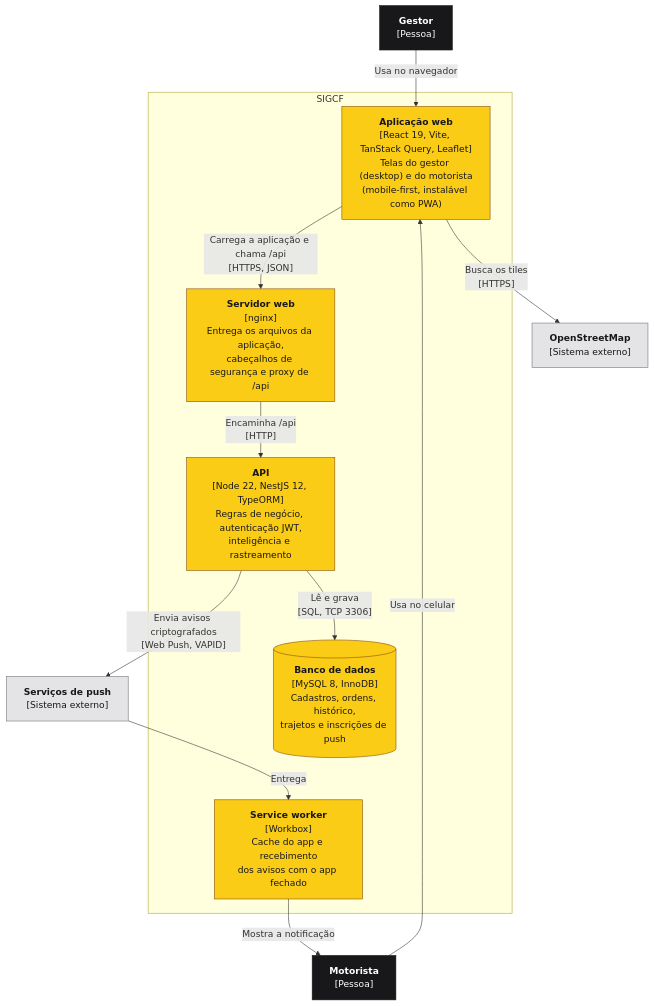
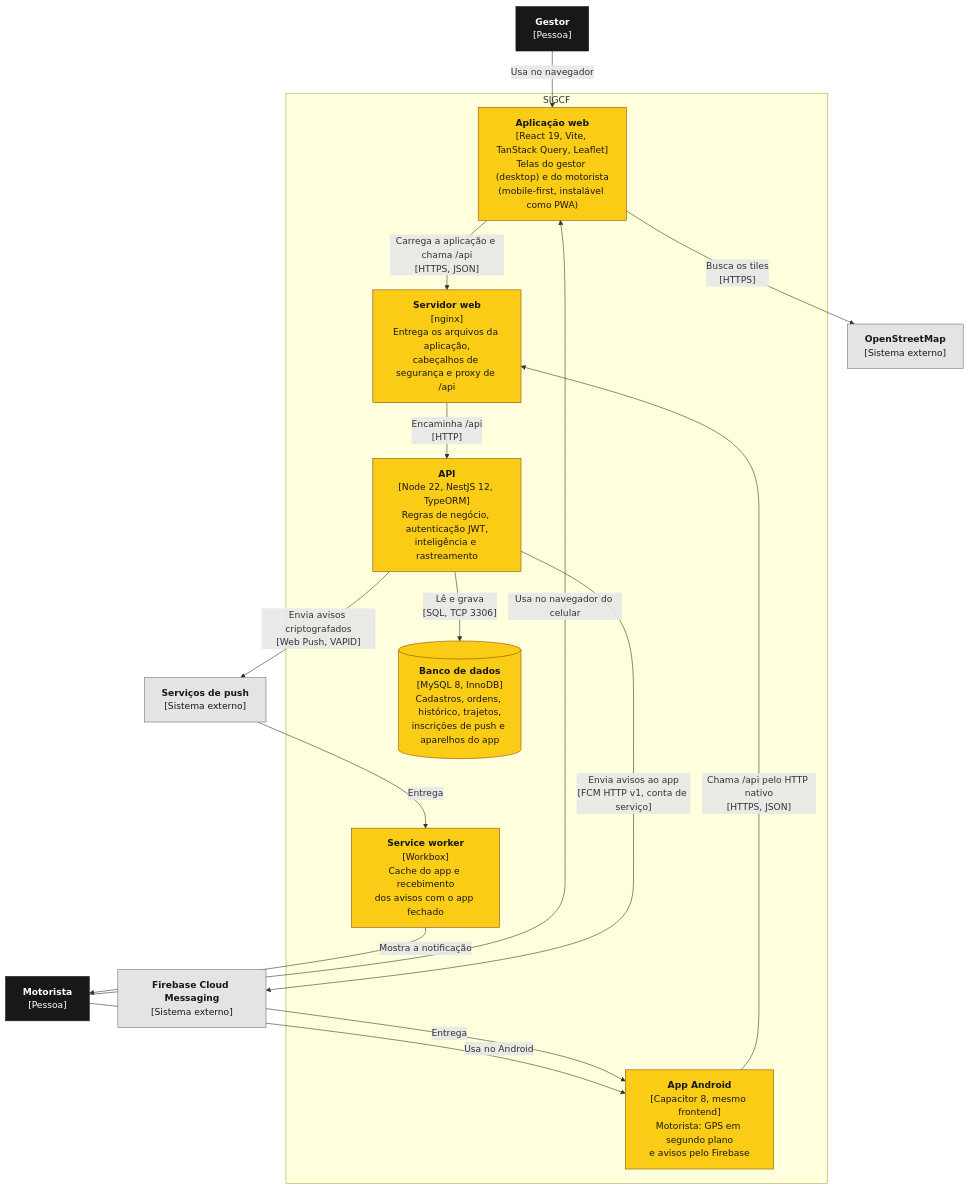
Before and after one commit to guifreiberger/sigcf: the second of 4 diagrams in docs/arquitetura.md, drawn with Mermaid. The commit also changed other lines of this file and 8 other files, not shown here.

Commit message:
docs: documenta o app Android, os avisos pelo Firebase e a geração do APK

````diff
--- a/docs/arquitetura.md
+++ b/docs/arquitetura.md
@@ -38,30 +38,36 @@
 ```mermaid
 flowchart TB
     classDef pessoa fill:#18181b,stroke:#18181b,color:#ffffff
     classDef container fill:#facc15,stroke:#854d0e,color:#18181b
     classDef externo fill:#e4e4e7,stroke:#71717a,color:#18181b
 
     gestor["<b>Gestor</b><br/>[Pessoa]"]:::pessoa
     motorista["<b>Motorista</b><br/>[Pessoa]"]:::pessoa
 
     subgraph sigcf["SIGCF"]
         spa["<b>Aplicação web</b><br/>[React 19, Vite, TanStack Query, Leaflet]<br/>Telas do gestor (desktop) e do motorista<br/>(mobile-first, instalável como PWA)"]:::container
         sw["<b>Service worker</b><br/>[Workbox]<br/>Cache do app e recebimento<br/>dos avisos com o app fechado"]:::container
         nginx["<b>Servidor web</b><br/>[nginx]<br/>Entrega os arquivos da aplicação,<br/>cabeçalhos de segurança e proxy de /api"]:::container
         api["<b>API</b><br/>[Node 22, NestJS 12, TypeORM]<br/>Regras de negócio, autenticação JWT,<br/>inteligência e rastreamento"]:::container
-        db[("<b>Banco de dados</b><br/>[MySQL 8, InnoDB]<br/>Cadastros, ordens, histórico,<br/>trajetos e inscrições de push")]:::container
+        db[("<b>Banco de dados</b><br/>[MySQL 8, InnoDB]<br/>Cadastros, ordens, histórico, trajetos,<br/>inscrições de push e aparelhos do app")]:::container
+        app["<b>App Android</b><br/>[Capacitor 8, mesmo frontend]<br/>Motorista: GPS em segundo plano<br/>e avisos pelo Firebase"]:::container
     end
 
     push["<b>Serviços de push</b><br/>[Sistema externo]"]:::externo
+    fcm["<b>Firebase Cloud Messaging</b><br/>[Sistema externo]"]:::externo
     osm["<b>OpenStreetMap</b><br/>[Sistema externo]"]:::externo
 
     gestor -- "Usa no navegador" --> spa
-    motorista -- "Usa no celular" --> spa
+    motorista -- "Usa no navegador do celular" --> spa
+    motorista -- "Usa no Android" --> app
+    app -- "Chama /api pelo HTTP nativo<br/>[HTTPS, JSON]" --> nginx
     spa -- "Carrega a aplicação e chama /api<br/>[HTTPS, JSON]" --> nginx
     nginx -- "Encaminha /api<br/>[HTTP]" --> api
     api -- "Lê e grava<br/>[SQL, TCP 3306]" --> db
     api -- "Envia avisos criptografados<br/>[Web Push, VAPID]" --> push
     push -- "Entrega" --> sw
     sw -- "Mostra a notificação" --> motorista
+    api -- "Envia avisos ao app<br/>[FCM HTTP v1, conta de serviço]" --> fcm
+    fcm -- "Entrega" --> app
     spa -- "Busca os tiles<br/>[HTTPS]" --> osm
 ```
````
